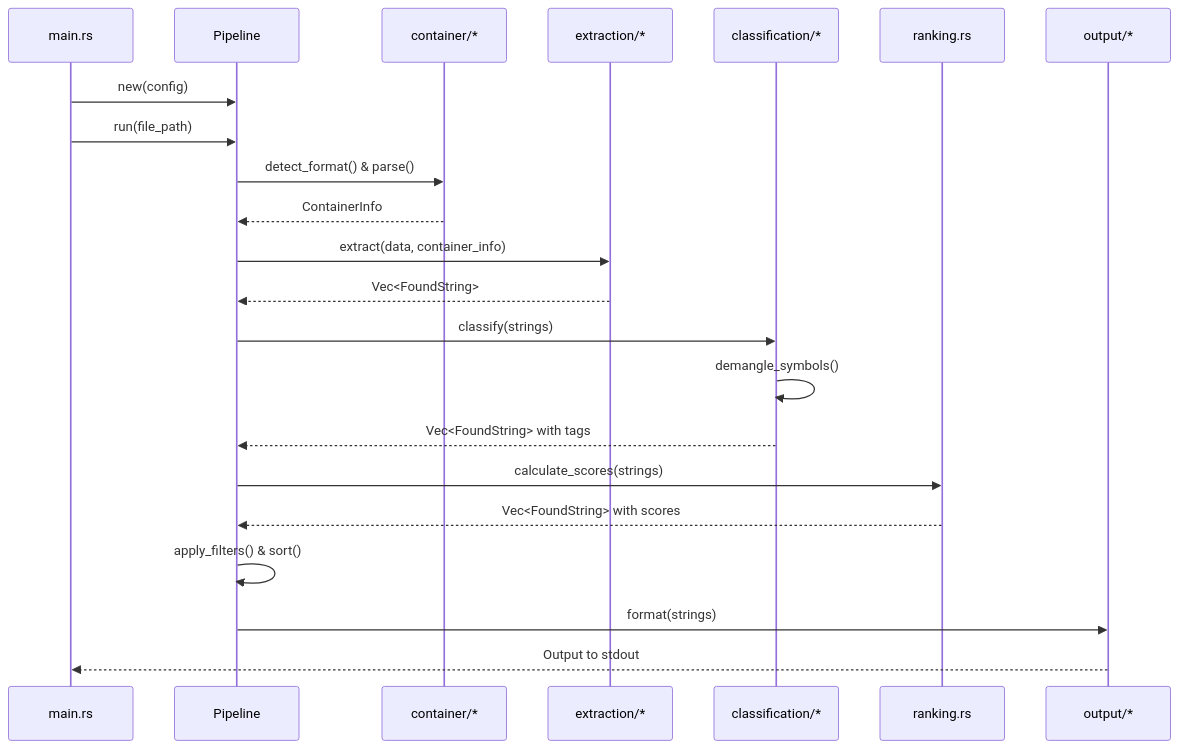
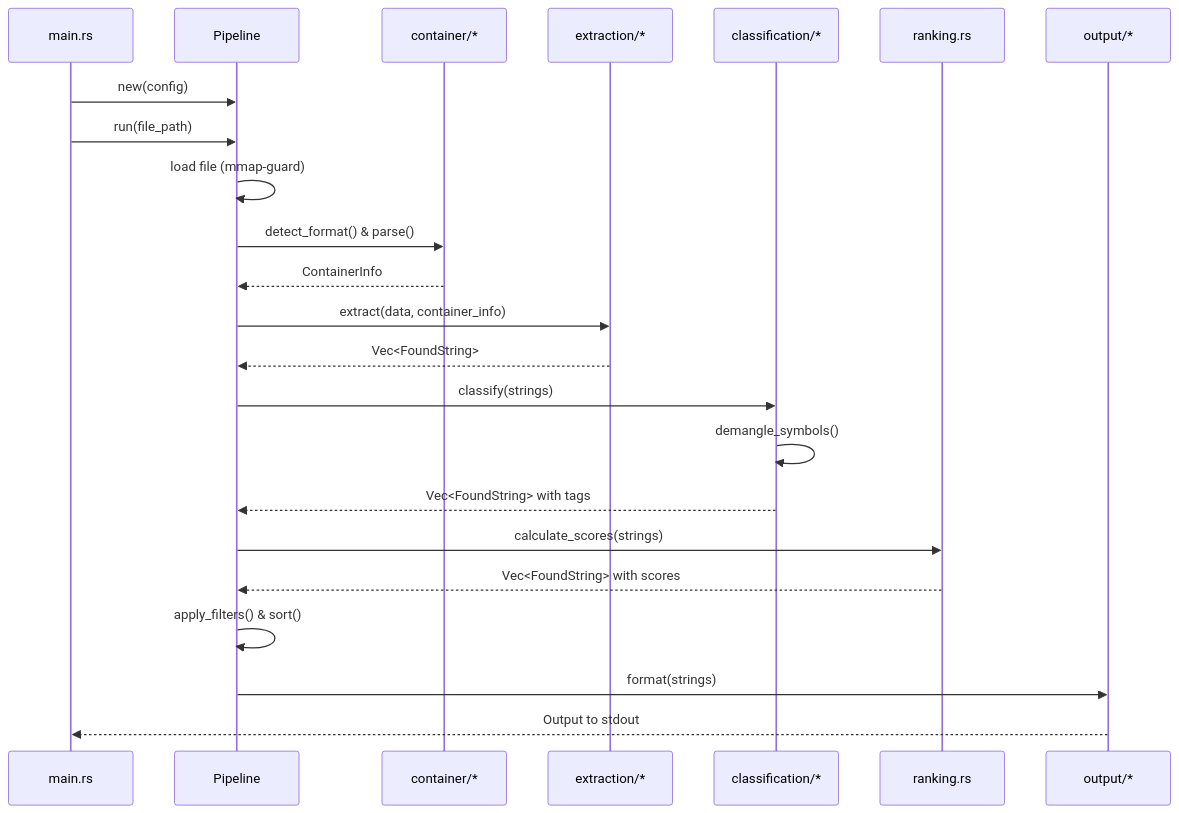
Before and after one commit to EvilBit-Labs/StringyMcStringFace: the diagram in project_plan/specs/Technical_Plan__Stringy_v1.0_Implementation.md, drawn with Mermaid. The commit also changed other lines of this file, not shown here.

Commit message:
fix: update memory mapping strategy to use mmap-guard for robust file I/O handling

````diff
--- a/project_plan/specs/Technical_Plan__Stringy_v1.0_Implementation.md
+++ b/project_plan/specs/Technical_Plan__Stringy_v1.0_Implementation.md
@@ -99,25 +94,26 @@
 ```mermaid
 sequenceDiagram
     participant CLI as main.rs
     participant Pipeline
     participant Container as container/*
     participant Extractor as extraction/*
     participant Classifier as classification/*
     participant Ranker as ranking.rs
     participant Formatter as output/*
 
     CLI->>Pipeline: new(config)
     CLI->>Pipeline: run(file_path)
+    Pipeline->>Pipeline: load file (mmap-guard)
     Pipeline->>Container: detect_format() & parse()
     Container-->>Pipeline: ContainerInfo
     Pipeline->>Extractor: extract(data, container_info)
     Extractor-->>Pipeline: Vec<FoundString>
     Pipeline->>Classifier: classify(strings)
     Classifier->>Classifier: demangle_symbols()
     Classifier-->>Pipeline: Vec<FoundString> with tags
     Pipeline->>Ranker: calculate_scores(strings)
     Ranker-->>Pipeline: Vec<FoundString> with scores
     Pipeline->>Pipeline: apply_filters() & sort()
     Pipeline->>Formatter: format(strings)
     Formatter-->>CLI: Output to stdout
 ```
````
